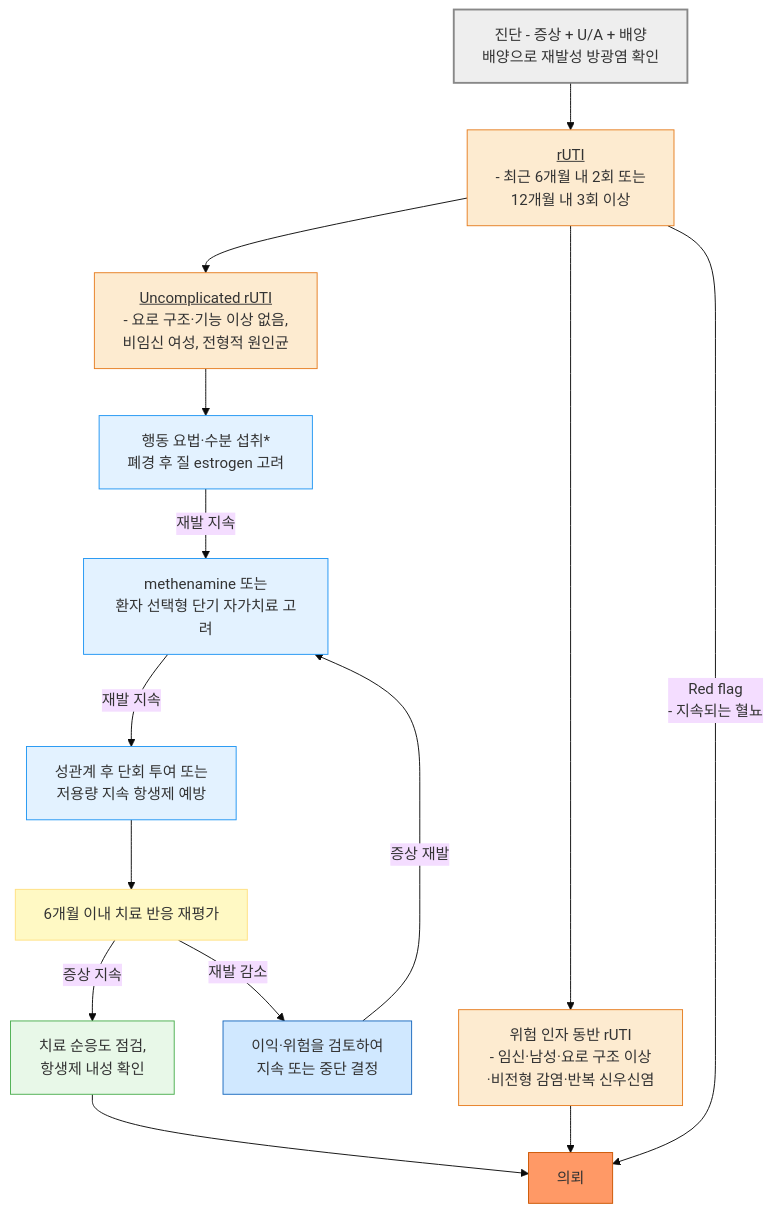
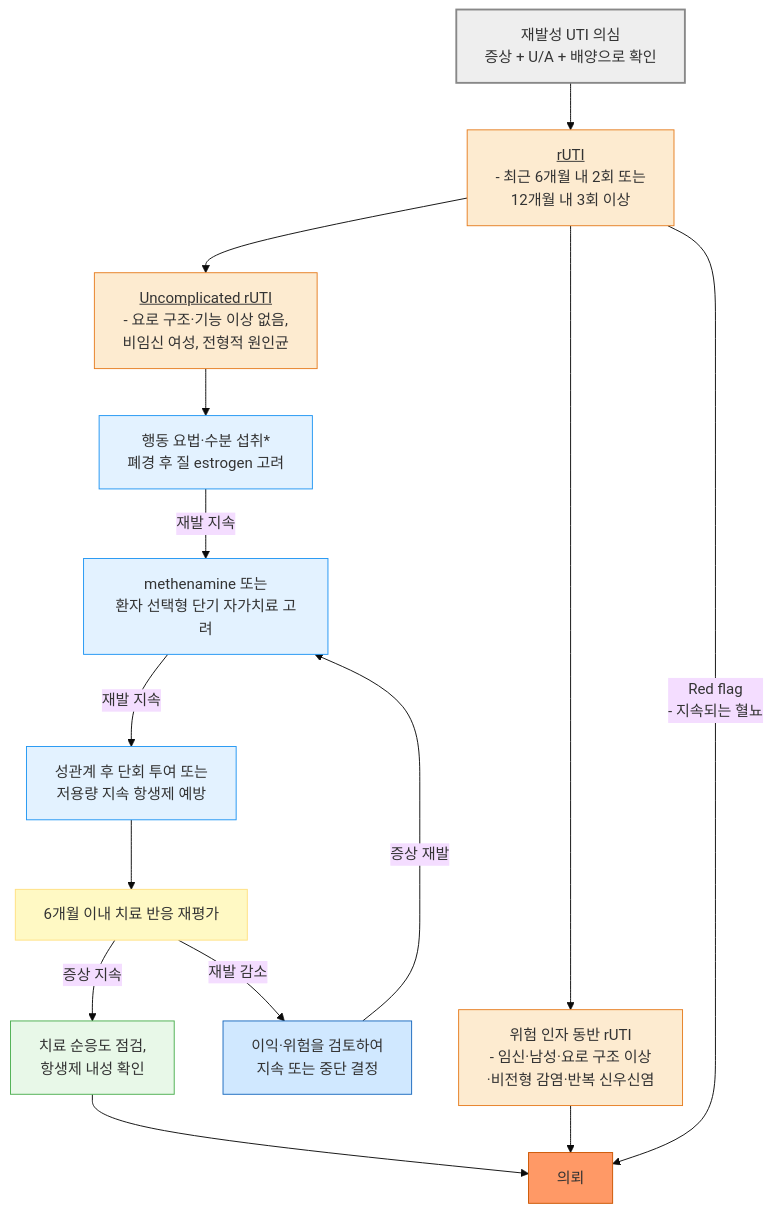
The fifth of 5 diagrams in 227_/113_-urinary-tract-infection.md (familyoh77/familyoh77), drawn with Mermaid (base theme) before and after one commit. The commit also changed other lines of this file and 7 other files, not shown here.

````diff
--- a/227_/113_-urinary-tract-infection.md
+++ b/227_/113_-urinary-tract-infection.md
@@ -364,27 +414,27 @@
 ```mermaid
 graph TD
-    A["진단 - 증상 + U/A + 배양<br/>배양으로 재발성 방광염 확인"] 
+    A["재발성 UTI 의심<br/>증상 + U/A + 배양으로 확인"] 
 --> B["<u>rUTI</u> <br/>- 최근 6개월 내 2회 또는 <br/>12개월 내 3회 이상"]
     B --> C["<u>Uncomplicated rUTI</u> <br/>- 요로 구조·기능 이상 없음, <br/>비임신 여성, 전형적 원인균"]
     B --> D["위험 인자 동반 rUTI <br/>- 임신·남성·요로 구조 이상<br/>·비전형 감염·반복 신우신염"]
     
     D --> F["의뢰"]
     B --> |Red flag <br/>- 지속되는 혈뇨| F
     C --> G["행동 요법·수분 섭취*<br/>폐경 후 질 estrogen 고려"]
     G -->|재발 지속| H["methenamine 또는<br/>환자 선택형 단기 자가치료 고려"]
     H -->|재발 지속| I["성관계 후 단회 투여 또는 <br/>저용량 지속 항생제 예방"]
     I --> J["6개월 이내 치료 반응 재평가"]
     J -->|증상 지속| L["치료 순응도 점검, <br/>항생제 내성 확인"]
     J -->|재발 감소| K["이익·위험을 검토하여<br/>지속 또는 중단 결정"]
     K -->|증상 재발| H
     L --> F
 style A fill:#eeeeee,stroke:#888888,stroke-width:2px
 classDef orange fill:#fdebd0,stroke:#e67e22
 class B,C,D orange
 classDef sky fill:#e3f2ff,stroke:#2196f3
 class G,H,I sky
 style K fill:#d0e8ff,stroke:#1a6abf
 style J fill:#fff9c4,stroke:#ffe082
 style L fill:#e8f8e8,stroke:#4caf50
 style F fill:#ff9966,stroke:#cc5500
 ```
````
